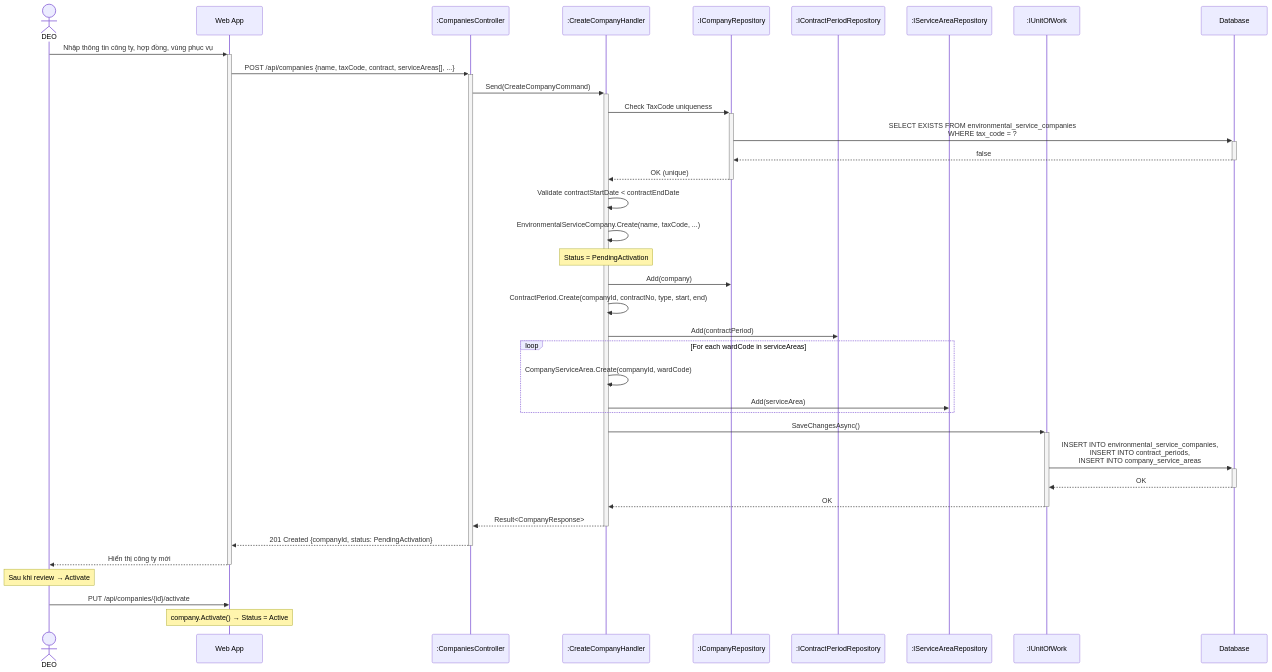
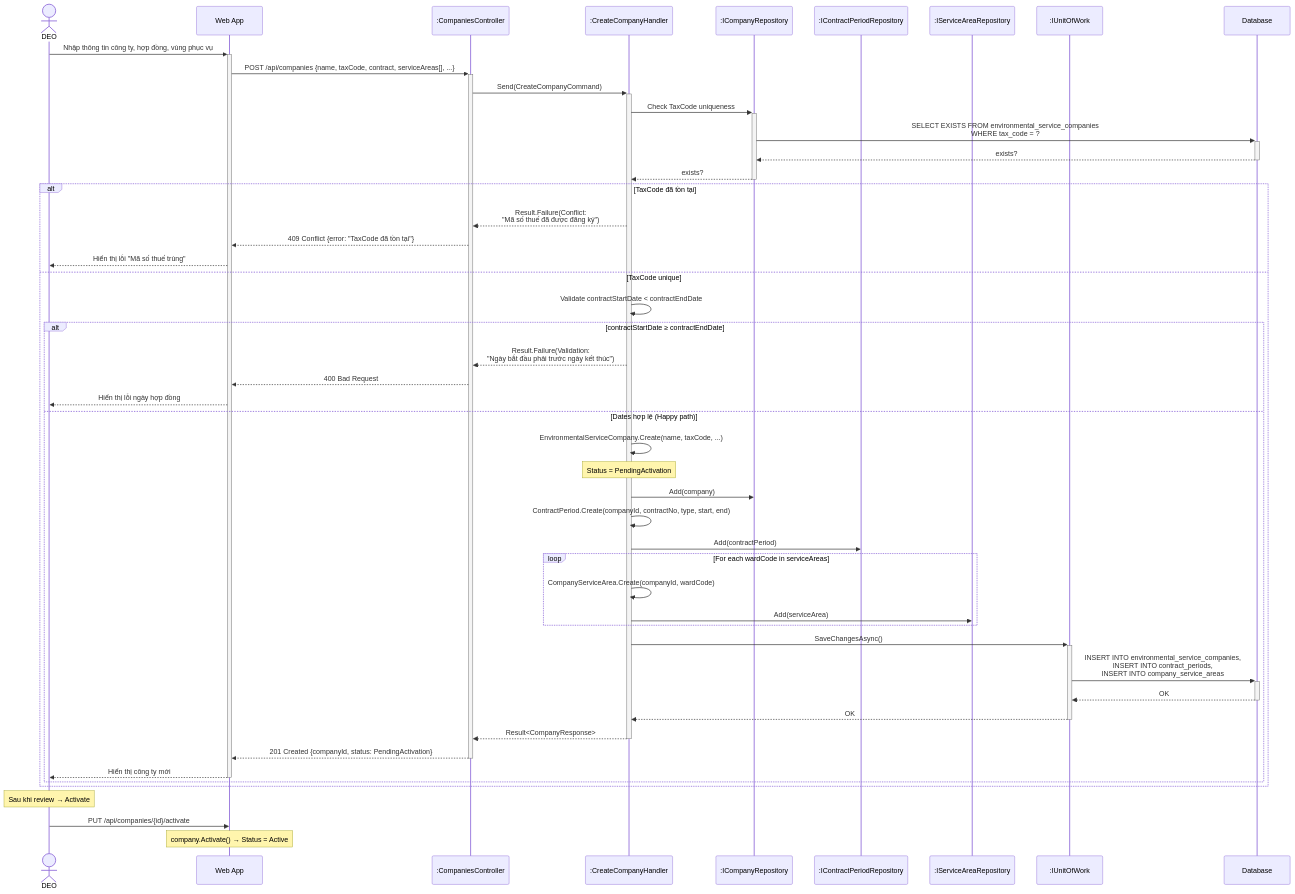
Diagram 18 of 25 in docs/BusinessRule/SEQUENCE_DIAGRAMS.md (Capstonne-Project/greenlens-service), drawn with Mermaid before and after one commit. The commit also changed other lines of this file, not shown here.

Commit message:
fix(docs): enhance bad case for sequence diagram

````diff
--- a/docs/BusinessRule/SEQUENCE_DIAGRAMS.md
+++ b/docs/BusinessRule/SEQUENCE_DIAGRAMS.md
@@ -1039,48 +1105,60 @@
 ```mermaid
 sequenceDiagram
     actor DEO
     participant App as Web App
     participant Ctrl as :CompaniesController
     participant Hdl as :CreateCompanyHandler
     participant CompRepo as :ICompanyRepository
     participant ContRepo as :IContractPeriodRepository
     participant AreaRepo as :IServiceAreaRepository
     participant UoW as :IUnitOfWork
     participant DB as Database
 
     DEO->>+App: Nhập thông tin công ty, hợp đồng, vùng phục vụ
     App->>+Ctrl: POST /api/companies {name, taxCode, contract, serviceAreas[], ...}
     Ctrl->>+Hdl: Send(CreateCompanyCommand)
 
     Hdl->>+CompRepo: Check TaxCode uniqueness
     CompRepo->>+DB: SELECT EXISTS FROM environmental_service_companies<br/>WHERE tax_code = ?
-    DB-->>-CompRepo: false
-    CompRepo-->>-Hdl: OK (unique)
+    DB-->>-CompRepo: exists?
+    CompRepo-->>-Hdl: exists?
 
-    Hdl->>Hdl: Validate contractStartDate < contractEndDate
+    alt TaxCode đã tồn tại
+        Hdl-->>Ctrl: Result.Failure(Conflict:<br/>"Mã số thuế đã được đăng ký")
+        Ctrl-->>App: 409 Conflict {error: "TaxCode đã tồn tại"}
+        App-->>DEO: Hiển thị lỗi "Mã số thuế trùng"
+    else TaxCode unique
+        Hdl->>Hdl: Validate contractStartDate < contractEndDate
 
-    Hdl->>Hdl: EnvironmentalServiceCompany.Create(name, taxCode, ...)
-    Note over Hdl: Status = PendingActivation
-    Hdl->>CompRepo: Add(company)
+        alt contractStartDate ≥ contractEndDate
+            Hdl-->>Ctrl: Result.Failure(Validation:<br/>"Ngày bắt đầu phải trước ngày kết thúc")
+            Ctrl-->>App: 400 Bad Request
+            App-->>DEO: Hiển thị lỗi ngày hợp đồng
+        else Dates hợp lệ (Happy path)
+            Hdl->>Hdl: EnvironmentalServiceCompany.Create(name, taxCode, ...)
+            Note over Hdl: Status = PendingActivation
+            Hdl->>CompRepo: Add(company)
 
-    Hdl->>Hdl: ContractPeriod.Create(companyId, contractNo, type, start, end)
-    Hdl->>ContRepo: Add(contractPeriod)
+            Hdl->>Hdl: ContractPeriod.Create(companyId, contractNo, type, start, end)
+            Hdl->>ContRepo: Add(contractPeriod)
 
-    loop For each wardCode in serviceAreas
-        Hdl->>Hdl: CompanyServiceArea.Create(companyId, wardCode)
-        Hdl->>AreaRepo: Add(serviceArea)
+            loop For each wardCode in serviceAreas
+                Hdl->>Hdl: CompanyServiceArea.Create(companyId, wardCode)
+                Hdl->>AreaRepo: Add(serviceArea)
+            end
+
+            Hdl->>+UoW: SaveChangesAsync()
+            UoW->>+DB: INSERT INTO environmental_service_companies,<br/>INSERT INTO contract_periods,<br/>INSERT INTO company_service_areas
+            DB-->>-UoW: OK
+            UoW-->>-Hdl: OK
+
+            Hdl-->>-Ctrl: Result<CompanyResponse>
+            Ctrl-->>-App: 201 Created {companyId, status: PendingActivation}
+            App-->>-DEO: Hiển thị công ty mới
+        end
     end
-
-    Hdl->>+UoW: SaveChangesAsync()
-    UoW->>+DB: INSERT INTO environmental_service_companies,<br/>INSERT INTO contract_periods,<br/>INSERT INTO company_service_areas
-    DB-->>-UoW: OK
-    UoW-->>-Hdl: OK
-
-    Hdl-->>-Ctrl: Result<CompanyResponse>
-    Ctrl-->>-App: 201 Created {companyId, status: PendingActivation}
-    App-->>-DEO: Hiển thị công ty mới
 
     Note over DEO: Sau khi review → Activate
     DEO->>App: PUT /api/companies/{id}/activate
     Note over App: company.Activate() → Status = Active
 ```
````
